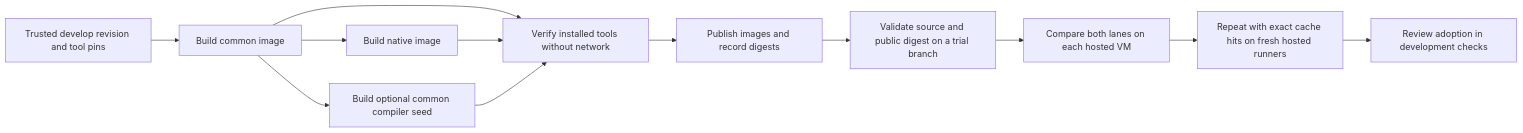
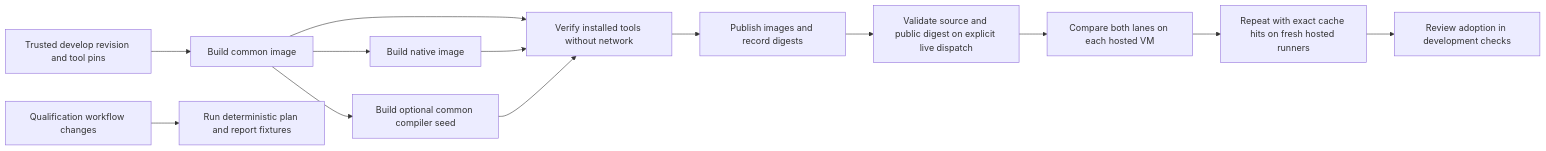
One commit to kmosoti/FabricO11y changed the seventh of 9 diagrams in docs/architecture.md. Above: the diagram before and after it, drawn with Mermaid. The commit also changed other lines of this file and 2 other files, not shown here.

````diff
--- a/docs/architecture.md
+++ b/docs/architecture.md
@@ -209,14 +209,15 @@
 ```mermaid
 flowchart LR
     Pins["Trusted develop revision and tool pins"] --> Common["Build common image"]
     Common --> Native["Build native image"]
     Common --> Seed["Build optional common compiler seed"]
     Common --> Offline["Verify installed tools without network"]
     Native --> Offline
     Seed --> Offline
     Offline --> Registry["Publish images and record digests"]
-    Registry --> Plan["Validate source and public digest on a trial branch"]
+    Harness["Qualification workflow changes"] --> Sim["Run deterministic plan and report fixtures"]
+    Registry --> Plan["Validate source and public digest on explicit live dispatch"]
     Plan --> Cold["Compare both lanes on each hosted VM"]
     Cold --> Warm["Repeat with exact cache hits on fresh hosted runners"]
     Warm --> Review["Review adoption in development checks"]
 ```
````
